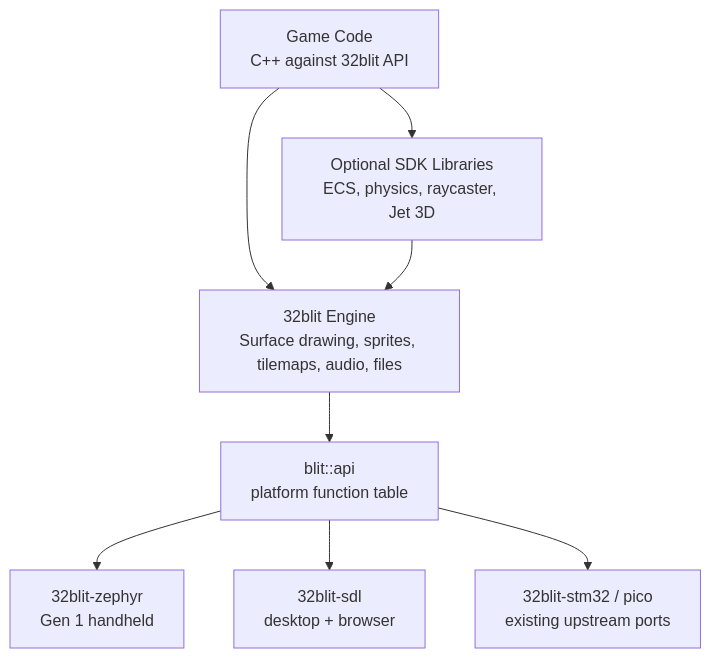
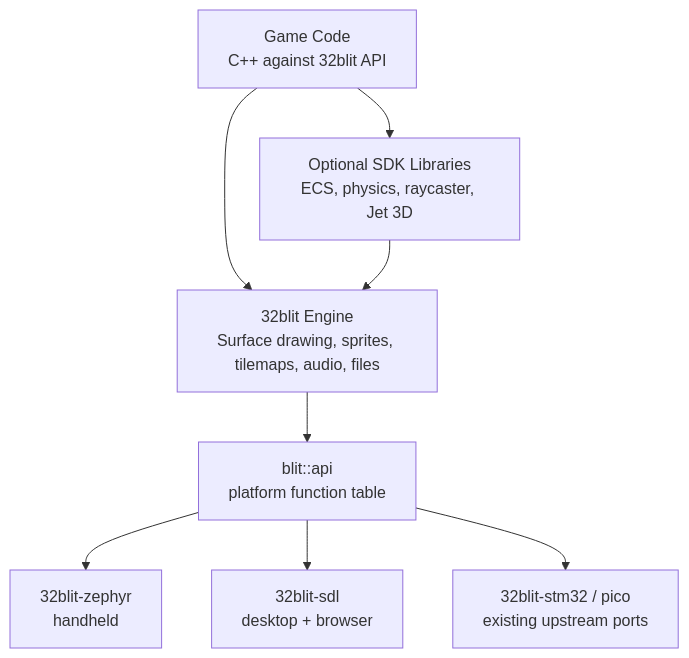
The first of 4 diagrams in SDK_ARCHITECTURE_PROPOSAL.md (Schulich-Press-Start/console), drawn with Mermaid before and after one commit. The commit also changed other lines of this file, not shown here.

Commit message:
Remove Gen 1 references from architecture proposal

````diff
--- a/SDK_ARCHITECTURE_PROPOSAL.md
+++ b/SDK_ARCHITECTURE_PROPOSAL.md
@@ -34,10 +34,10 @@
 ```mermaid
 flowchart TD
     Game["Game Code<br>C++ against 32blit API"] --> Libs["Optional SDK Libraries<br>ECS, physics, raycaster, Jet 3D"]
     Game --> Engine["32blit Engine<br>Surface drawing, sprites, tilemaps, audio, files"]
     Libs --> Engine
     Engine --> API["blit::api<br>platform function table"]
-    API --> Z["32blit-zephyr<br>Gen 1 handheld"]
+    API --> Z["32blit-zephyr<br>handheld"]
     API --> SDL["32blit-sdl<br>desktop + browser"]
     API --> ST["32blit-stm32 / pico<br>existing upstream ports"]
 ```
````
